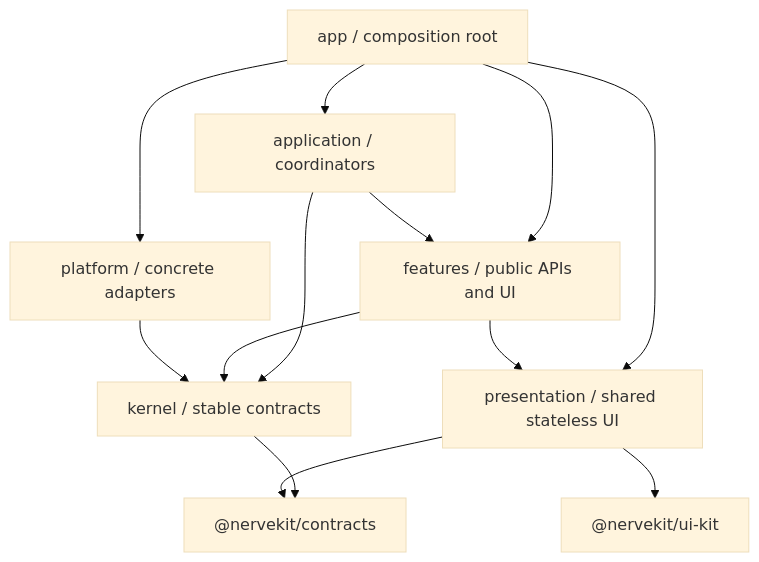
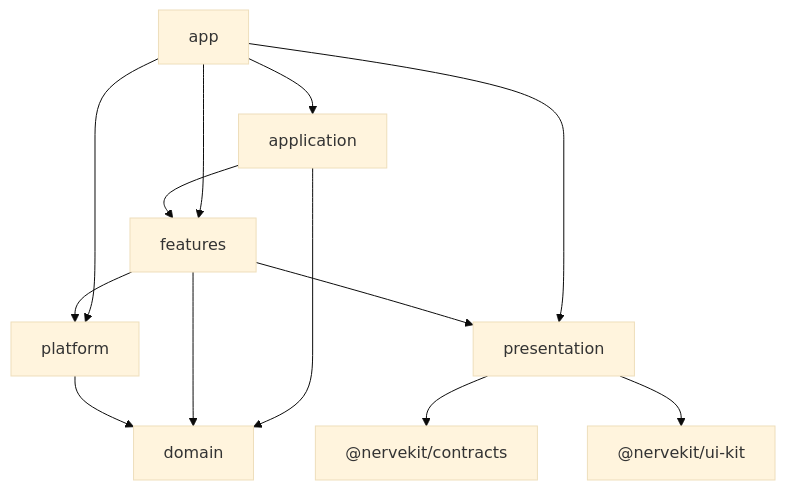
Before and after one commit to ThilinaTLM/nerve: the diagram in packages/workbench-app/src/lib/README.md, drawn with Mermaid (base theme). The commit also changed other lines of this file and 2047 other files, not shown here.

````diff
--- a/packages/workbench-app/src/lib/README.md
+++ b/packages/workbench-app/src/lib/README.md
@@ -9,17 +5,15 @@
 ```mermaid
 flowchart TD
-    app["app / composition root"] --> application["application / coordinators"]
-    app --> features["features / public APIs and UI"]
-    app --> platform["platform / concrete adapters"]
-    app --> presentation["presentation / shared stateless UI"]
-
-    application --> features
-    application --> kernel["kernel / stable contracts"]
-    features --> kernel
-    features --> presentation
-    platform --> kernel
-
-    kernel --> contracts["@nervekit/contracts"]
-    presentation --> contracts
-    presentation --> uiKit["@nervekit/ui-kit"]
+  app --> application
+  app --> features
+  app --> platform
+  app --> presentation
+  application --> features
+  application --> domain
+  features --> domain
+  features --> platform
+  features --> presentation
+  platform --> domain
+  presentation --> contracts["@nervekit/contracts"]
+  presentation --> ui["@nervekit/ui-kit"]
 ```
````
